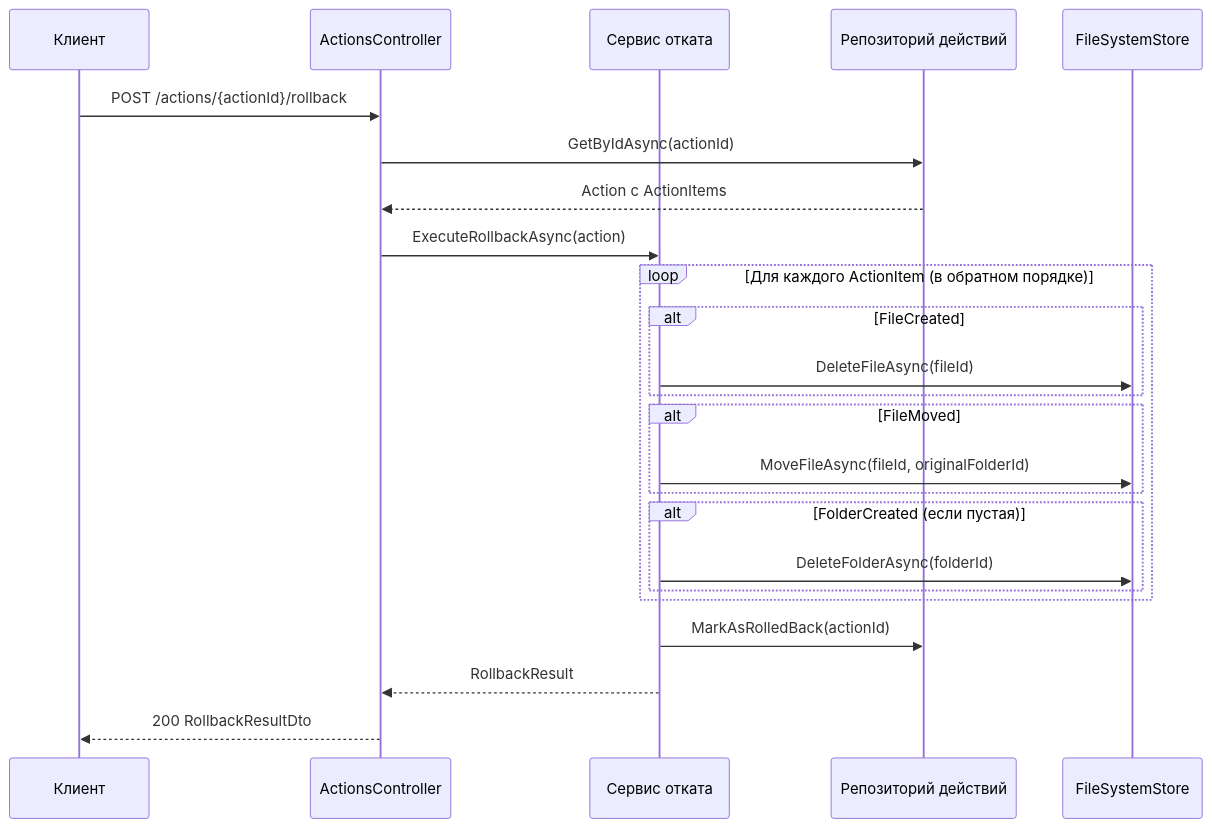
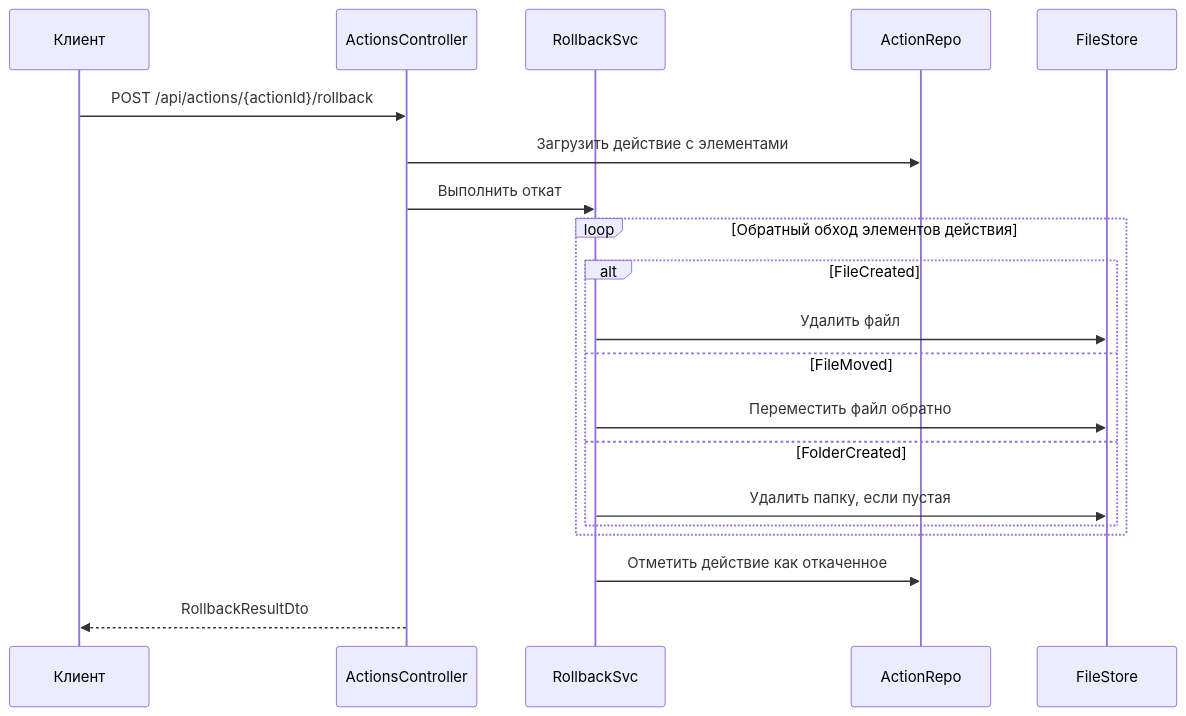
One commit to BarminGeorge/ShuKnow changed the second of 4 diagrams in docs/API_ARCHITECTURE.md. Above: the diagram before and after it, drawn with Mermaid. The commit also changed other lines of this file and 3 other files, not shown here.

Commit message:
docs: update openapi/asyncapi and reduce API_ARCHITECTURE content

````diff
--- a/docs/API_ARCHITECTURE.md
+++ b/docs/API_ARCHITECTURE.md
@@ -489,31 +87,25 @@
 ```mermaid
 sequenceDiagram
     participant Client as Клиент
-    participant ActionsCtrl as ActionsController
-    participant RollbackSvc as Сервис отката
-    participant ActionRepo as Репозиторий действий
-    participant FSS as FileSystemStore
+    participant ActionsController
+    participant RollbackSvc
+    participant ActionRepo
+    participant FileStore
 
-    Client->>ActionsCtrl: POST /actions/{actionId}/rollback
-    ActionsCtrl->>ActionRepo: GetByIdAsync(actionId)
-    ActionRepo-->>ActionsCtrl: Action с ActionItems
+    Client->>ActionsController: POST /api/actions/{actionId}/rollback
+    ActionsController->>ActionRepo: Загрузить действие с элементами
+    ActionsController->>RollbackSvc: Выполнить откат
 
-    ActionsCtrl->>RollbackSvc: ExecuteRollbackAsync(action)
-
-    loop Для каждого ActionItem (в обратном порядке)
+    loop Обратный обход элементов действия
         alt FileCreated
-            RollbackSvc->>FSS: DeleteFileAsync(fileId)
-        end
-        alt FileMoved
-            RollbackSvc->>FSS: MoveFileAsync(fileId, originalFolderId)
-        end
-        alt FolderCreated (если пустая)
-            RollbackSvc->>FSS: DeleteFolderAsync(folderId)
+            RollbackSvc->>FileStore: Удалить файл
+        else FileMoved
+            RollbackSvc->>FileStore: Переместить файл обратно
+        else FolderCreated
+            RollbackSvc->>FileStore: Удалить папку, если пустая
         end
     end
 
-    RollbackSvc->>ActionRepo: MarkAsRolledBack(actionId)
-    RollbackSvc-->>ActionsCtrl: RollbackResult
-
-    ActionsCtrl-->>Client: 200 RollbackResultDto
+    RollbackSvc->>ActionRepo: Отметить действие как откаченное
+    ActionsController-->>Client: RollbackResultDto
 ```
````
